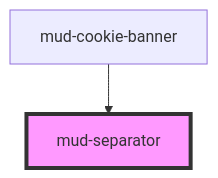
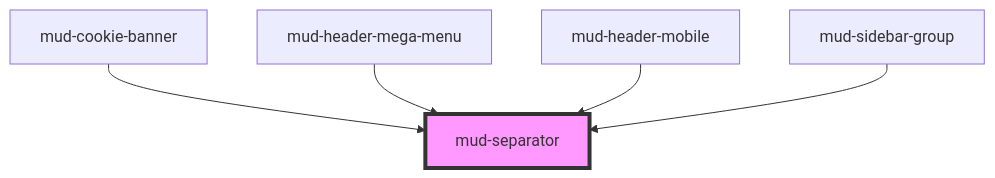
The diagram in src/components/mud-separator/readme.md (egov-moldova/design-system), drawn with Mermaid before and after one commit. The commit also changed other lines of this file and 153 other files, not shown here.

````diff
--- a/src/components/mud-separator/readme.md
+++ b/src/components/mud-separator/readme.md
@@ -50,5 +53,8 @@
 ```mermaid
 graph TD;
   mud-cookie-banner --> mud-separator
+  mud-header-mega-menu --> mud-separator
+  mud-header-mobile --> mud-separator
+  mud-sidebar-group --> mud-separator
   style mud-separator fill:#f9f,stroke:#333,stroke-width:4px
 ```
````
